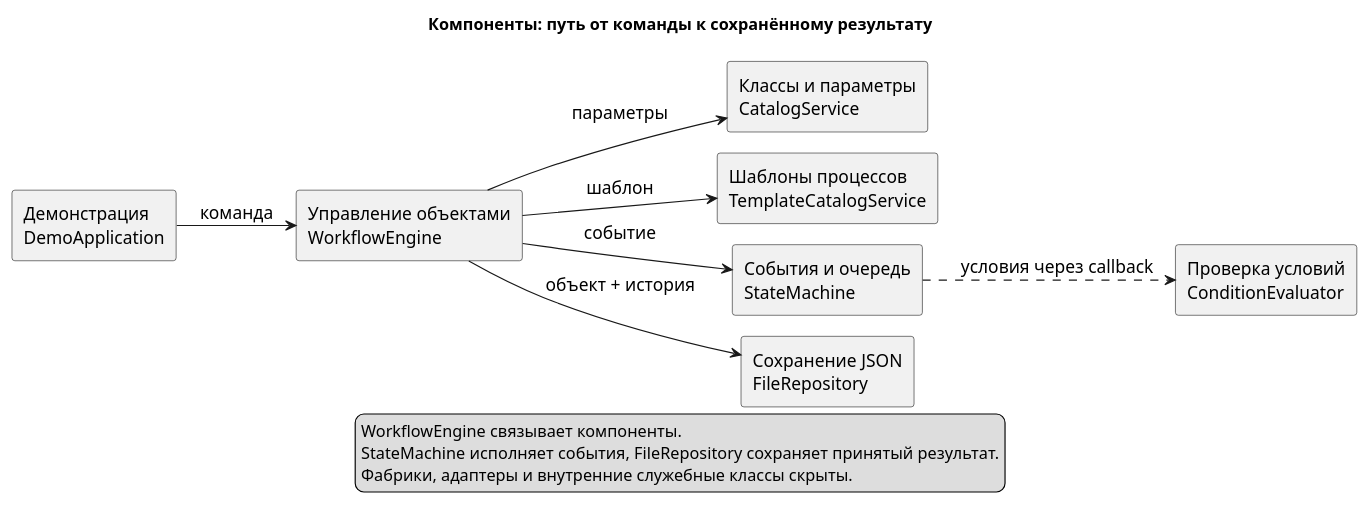
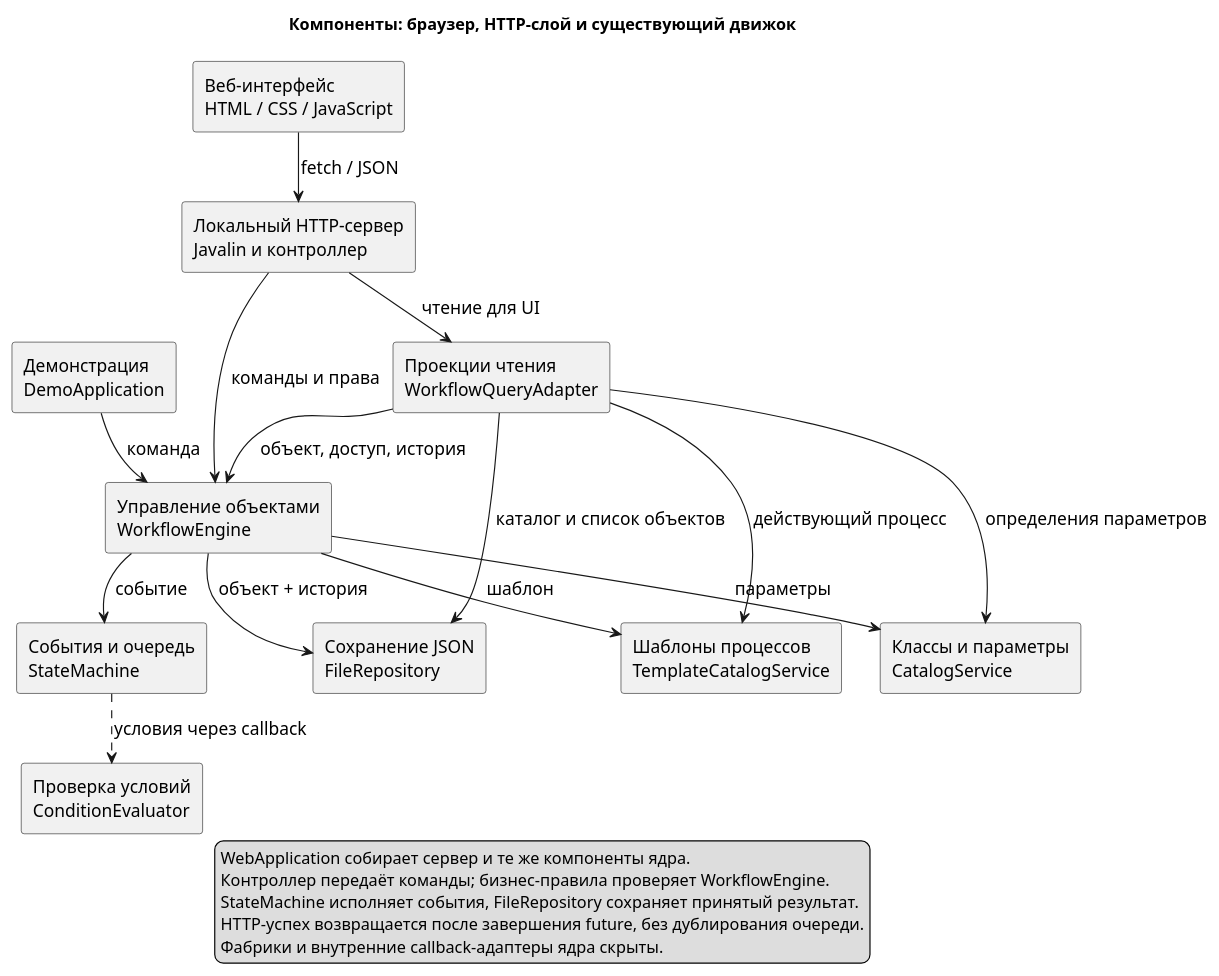
Before and after one commit to RamanPan/MOIPIS-labs: the diagram in lab1/docs/diagrams/simple/components.puml, drawn with PlantUML. The commit also changed 29 other files, not shown here.

Commit message:
fix bugs, add more info in report, new diagram and other things

```diff
--- a/lab1/docs/diagrams/simple/components.puml
+++ b/lab1/docs/diagrams/simple/components.puml
@@ -1,29 +1,41 @@
 @startuml
 !pragma layout smetana
-title Компоненты: путь от команды к сохранённому результату
-left to right direction
+title Компоненты: браузер, HTTP-слой и существующий движок
+top to bottom direction
 skinparam componentStyle rectangle
 skinparam defaultFontSize 15
 skinparam shadowing false
 
 component "Демонстрация\nDemoApplication" as Demo
+component "Веб-интерфейс\nHTML / CSS / JavaScript" as Browser
+component "Локальный HTTP-сервер\nJavalin и контроллер" as Web
+component "Проекции чтения\nWorkflowQueryAdapter" as Queries
 component "Управление объектами\nWorkflowEngine" as Engine
 component "Классы и параметры\nCatalogService" as Catalog
 component "Шаблоны процессов\nTemplateCatalogService" as Templates
 component "События и очередь\nStateMachine" as Machine
 component "Проверка условий\nConditionEvaluator" as Conditions
 component "Сохранение JSON\nFileRepository" as Storage
 
 Demo --> Engine : команда
+Browser --> Web : fetch / JSON
+Web --> Engine : команды и права
+Web --> Queries : чтение для UI
+Queries --> Engine : объект, доступ, история
+Queries --> Catalog : определения параметров
+Queries --> Templates : действующий процесс
+Queries --> Storage : каталог и список объектов
 Engine --> Catalog : параметры
 Engine --> Templates : шаблон
 Engine --> Machine : событие
 Engine --> Storage : объект + история
 Machine ..> Conditions : условия через callback
 
 legend bottom
-  WorkflowEngine связывает компоненты.
+  WebApplication собирает сервер и те же компоненты ядра.
+  Контроллер передаёт команды; бизнес-правила проверяет WorkflowEngine.
   StateMachine исполняет события, FileRepository сохраняет принятый результат.
-  Фабрики, адаптеры и внутренние служебные классы скрыты.
+  HTTP-успех возвращается после завершения future, без дублирования очереди.
+  Фабрики и внутренние callback-адаптеры ядра скрыты.
 endlegend
 @enduml
```
